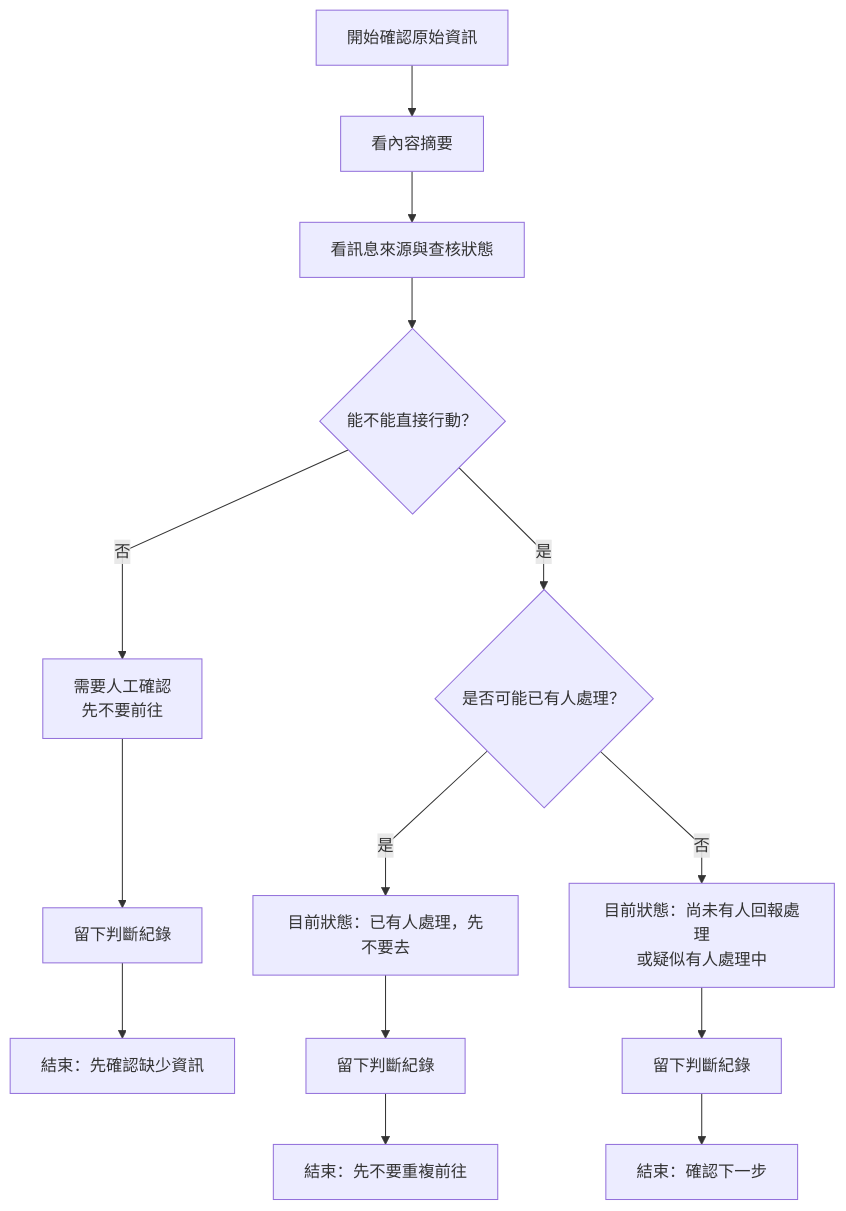
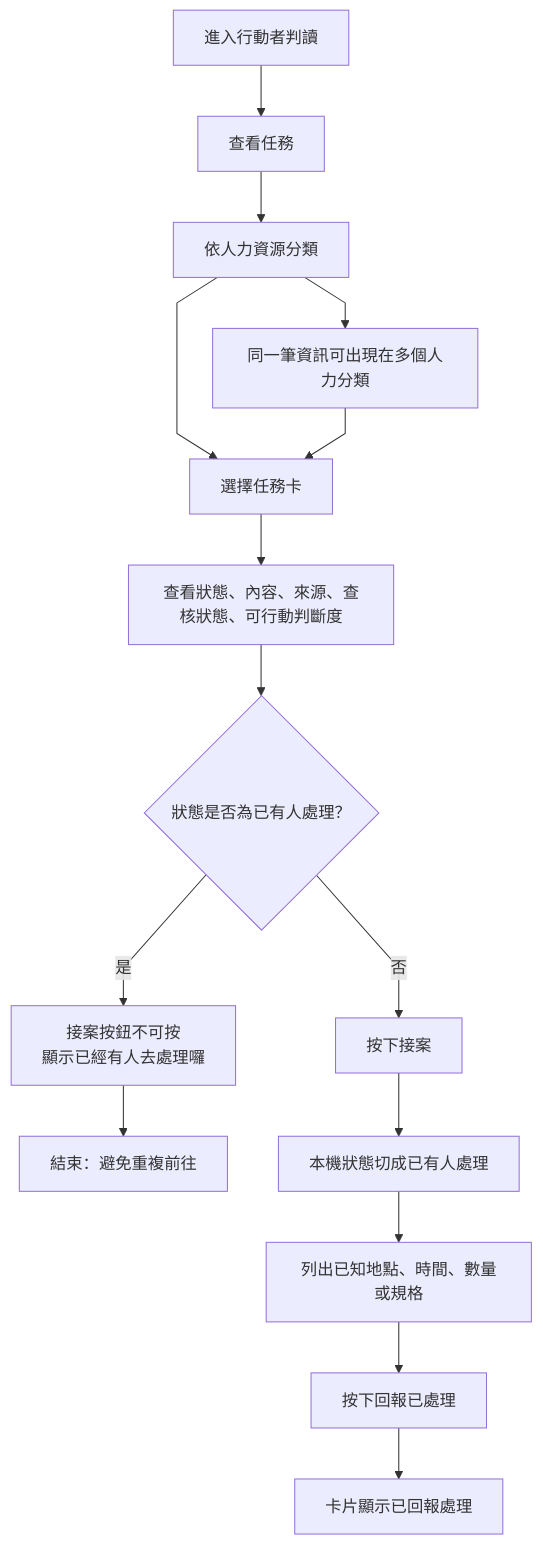
One commit to SITCON-Camp-2026/t1-m6-se-disaster changed the diagram in docs/flow.md. Above: the diagram before and after it, drawn with Mermaid. The commit also changed other lines of this file and 4 other files, not shown here.

Commit message:
Add task board action flow

````diff
--- a/docs/flow.md
+++ b/docs/flow.md
@@ -28,21 +30,21 @@
 ```mermaid
 %%{init: {"flowchart": {"curve": "linear"}}}%%
 flowchart TB
-  A[開始確認原始資訊] --> B[看內容摘要]
-  B --> C[看訊息來源與查核狀態]
-  C --> D{能不能直接行動？}
+  A[進入行動者判讀] --> B[查看任務]
+  B --> C[依人力資源分類]
+  C --> D[選擇任務卡]
+  D --> E[查看狀態、內容、來源、查核狀態、可行動判斷度]
 
-  D -->|否| E[需要人工確認<br/>先不要前往]
-  E --> I1[留下判斷紀錄]
-  I1 --> J1[結束：先確認缺少資訊]
+  E --> F{狀態是否為已有人處理？}
+  F -->|是| G[接案按鈕不可按<br/>顯示已經有人去處理囉]
+  G --> H[結束：避免重複前往]
 
-  D -- 是 --> F{是否可能已有人處理？}
+  F -->|否| I[按下接案]
+  I --> J[本機狀態切成已有人處理]
+  J --> K[列出已知地點、時間、數量或規格]
+  K --> L[按下回報已處理]
+  L --> M[卡片顯示已回報處理]
 
-  F -->|是| G[目前狀態：已有人處理，先不要去]
-  G --> I2[留下判斷紀錄]
-  I2 --> J2[結束：先不要重複前往]
-
-  F -->|否| H[目前狀態：尚未有人回報處理<br/>或疑似有人處理中]
-  H --> I3[留下判斷紀錄]
-  I3 --> J3[結束：確認下一步]
+  C --> N[同一筆資訊可出現在多個人力分類]
+  N --> D
 ```
````
